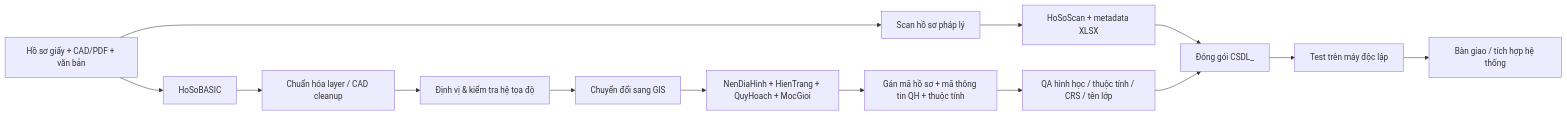
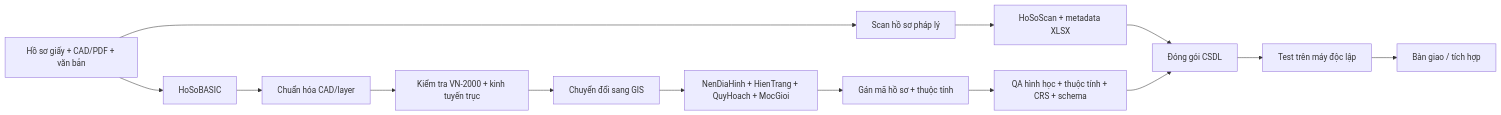
The diagram in README.md (Base27-CVNSS/TT16), drawn with Mermaid before and after one commit. The commit also changed other lines of this file, not shown here.

````diff
--- a/README.md
+++ b/README.md
@@ -56,16 +55,16 @@
 ```mermaid
 flowchart LR
     A[Hồ sơ giấy + CAD/PDF + văn bản] --> B[HoSoBASIC]
     A --> C[Scan hồ sơ pháp lý]
     C --> D[HoSoScan + metadata XLSX]
-    B --> E[Chuẩn hóa layer / CAD cleanup]
-    E --> F[Định vị & kiểm tra hệ tọa độ]
+    B --> E[Chuẩn hóa CAD/layer]
+    E --> F[Kiểm tra VN-2000 + kinh tuyến trục]
     F --> G[Chuyển đổi sang GIS]
     G --> H[NenDiaHinh + HienTrang + QuyHoach + MocGioi]
-    H --> I[Gán mã hồ sơ + mã thông tin QH + thuộc tính]
-    I --> J[QA hình học / thuộc tính / CRS / tên lớp]
-    D --> K[Đóng gói CSDL_<TenDoAn>]
+    H --> I[Gán mã hồ sơ + thuộc tính]
+    I --> J[QA hình học + thuộc tính + CRS + schema]
+    D --> K[Đóng gói CSDL]
     J --> K
     K --> L[Test trên máy độc lập]
-    L --> M[Bàn giao / tích hợp hệ thống]
+    L --> M[Bàn giao / tích hợp]
 ```
````
